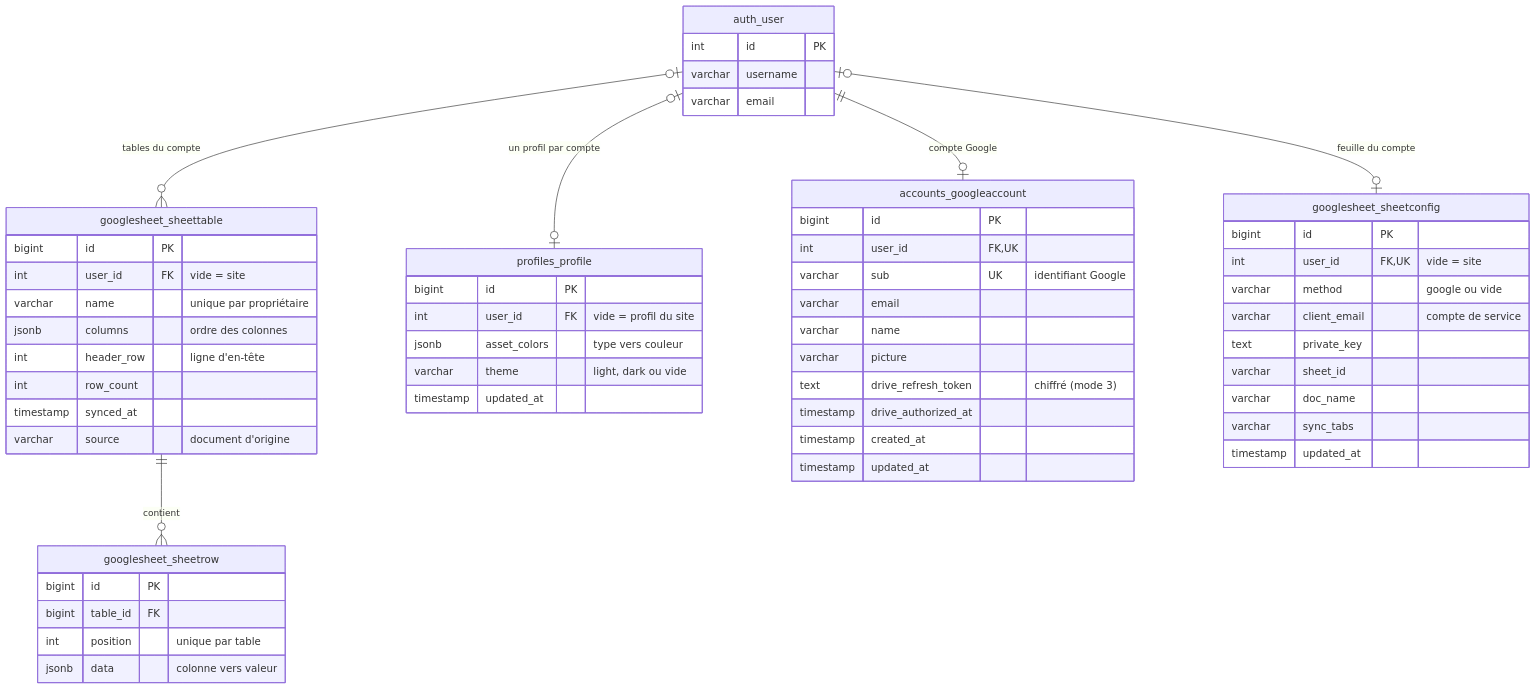
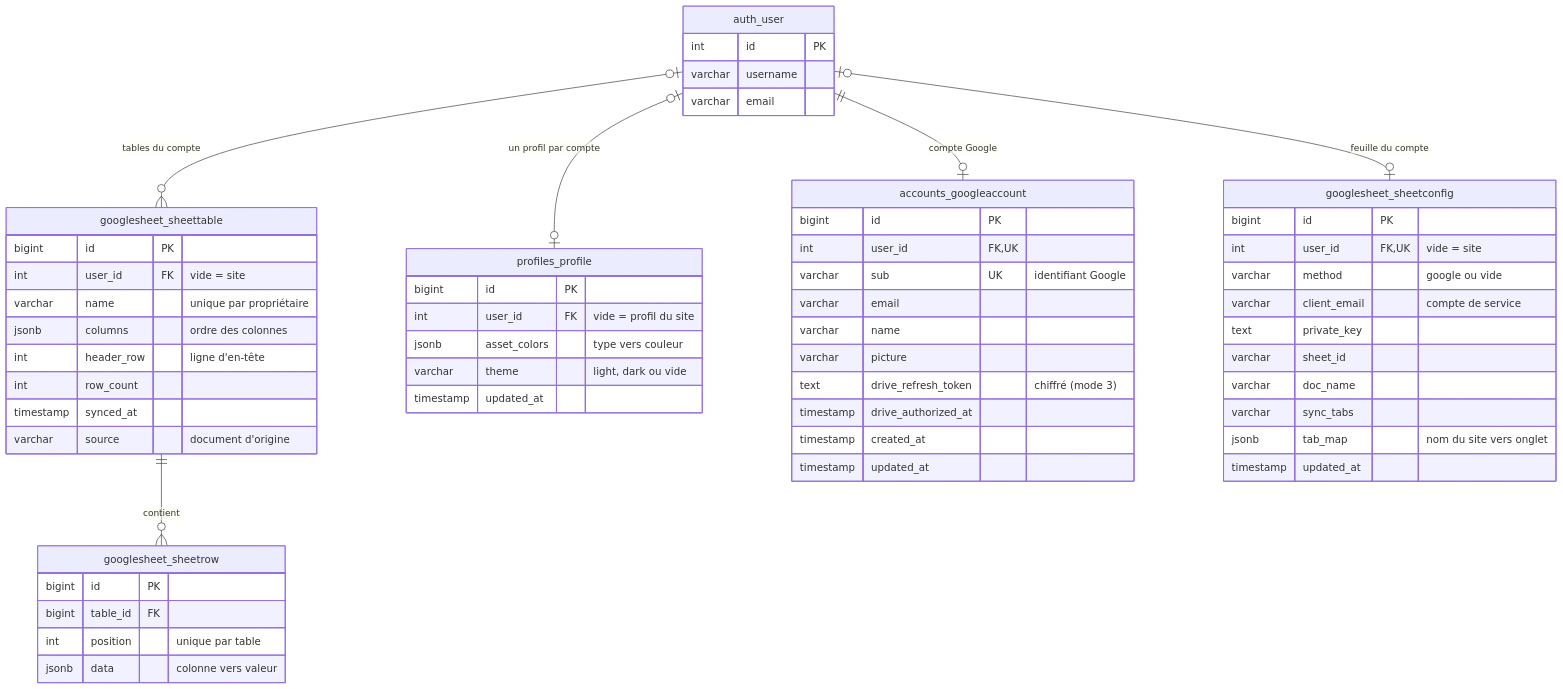
The diagram in README.md (Sleaum/vibe_overfolio), drawn with Mermaid before and after one commit. The commit also changed other lines of this file and 13 other files, not shown here.

````diff
--- a/README.md
+++ b/README.md
@@ -486,59 +496,60 @@
 ```mermaid
 erDiagram
   googlesheet_sheettable ||--o{ googlesheet_sheetrow : "contient"
   auth_user |o--o| profiles_profile : "un profil par compte"
   auth_user ||--o| accounts_googleaccount : "compte Google"
   auth_user |o--o{ googlesheet_sheettable : "tables du compte"
   auth_user |o--o| googlesheet_sheetconfig : "feuille du compte"
   googlesheet_sheettable {
     bigint id PK
     int user_id FK "vide = site"
     varchar name "unique par propriétaire"
     jsonb columns "ordre des colonnes"
     int header_row "ligne d'en-tête"
     int row_count
     timestamp synced_at
     varchar source "document d'origine"
   }
   googlesheet_sheetrow {
     bigint id PK
     bigint table_id FK
     int position "unique par table"
     jsonb data "colonne vers valeur"
   }
   googlesheet_sheetconfig {
     bigint id PK
     int user_id FK, UK "vide = site"
     varchar method "google ou vide"
     varchar client_email "compte de service"
     text private_key
     varchar sheet_id
     varchar doc_name
     varchar sync_tabs
+    jsonb tab_map "nom du site vers onglet"
     timestamp updated_at
   }
   profiles_profile {
     bigint id PK
     int user_id FK "vide = profil du site"
     jsonb asset_colors "type vers couleur"
     varchar theme "light, dark ou vide"
     timestamp updated_at
   }
   accounts_googleaccount {
     bigint id PK
     int user_id FK, UK
     varchar sub UK "identifiant Google"
     varchar email
     varchar name
     varchar picture
     text drive_refresh_token "chiffré (mode 3)"
     timestamp drive_authorized_at
     timestamp created_at
     timestamp updated_at
   }
   auth_user {
     int id PK
     varchar username
     varchar email
   }
 ```
````
